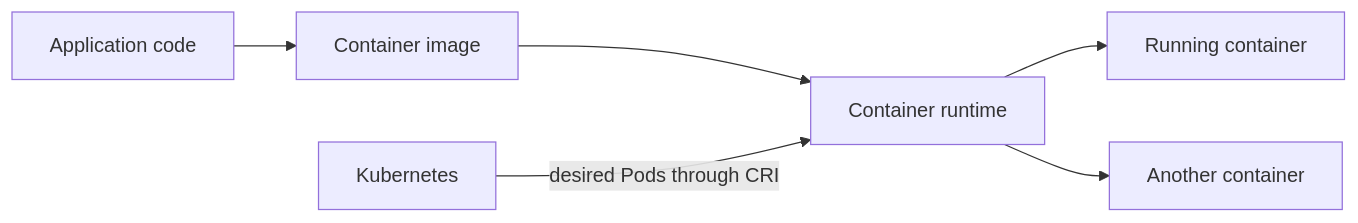
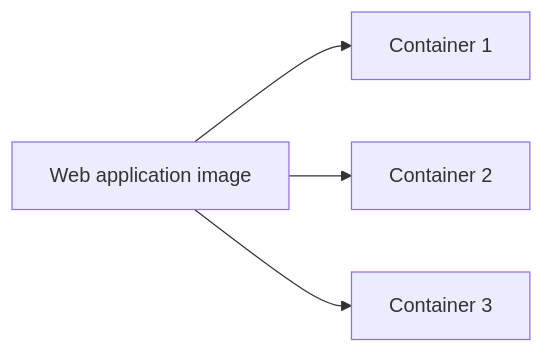
The second of 36 diagrams in Day-01-README.md (asadjan4611/K8s-Tutorial), drawn with Mermaid before and after one commit. The commit also changed other lines of this file, not shown here.

Commit message:
docs: rewrite day 1 Kubernetes fundamentals

````diff
--- a/Day-01-README.md
+++ b/Day-01-README.md
@@ -54,8 +205,6 @@
 ```mermaid
 flowchart LR
-    CODE[Application code] --> IMG[Container image]
-    IMG --> RT[Container runtime]
-    RT --> C1[Running container]
-    RT --> C2[Another container]
-    K8S[Kubernetes] -->|desired Pods through CRI| RT
+    IMAGE[Web application image] --> C1[Container 1]
+    IMAGE --> C2[Container 2]
+    IMAGE --> C3[Container 3]
 ```
````
